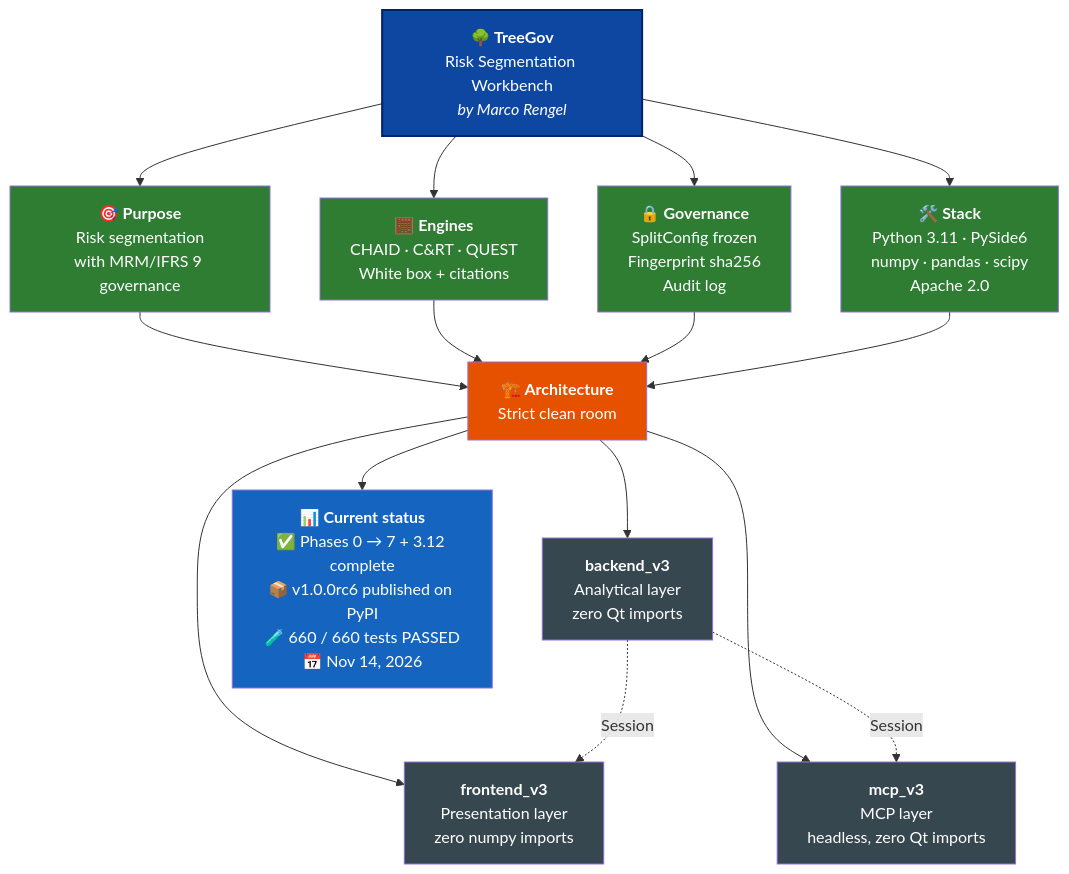
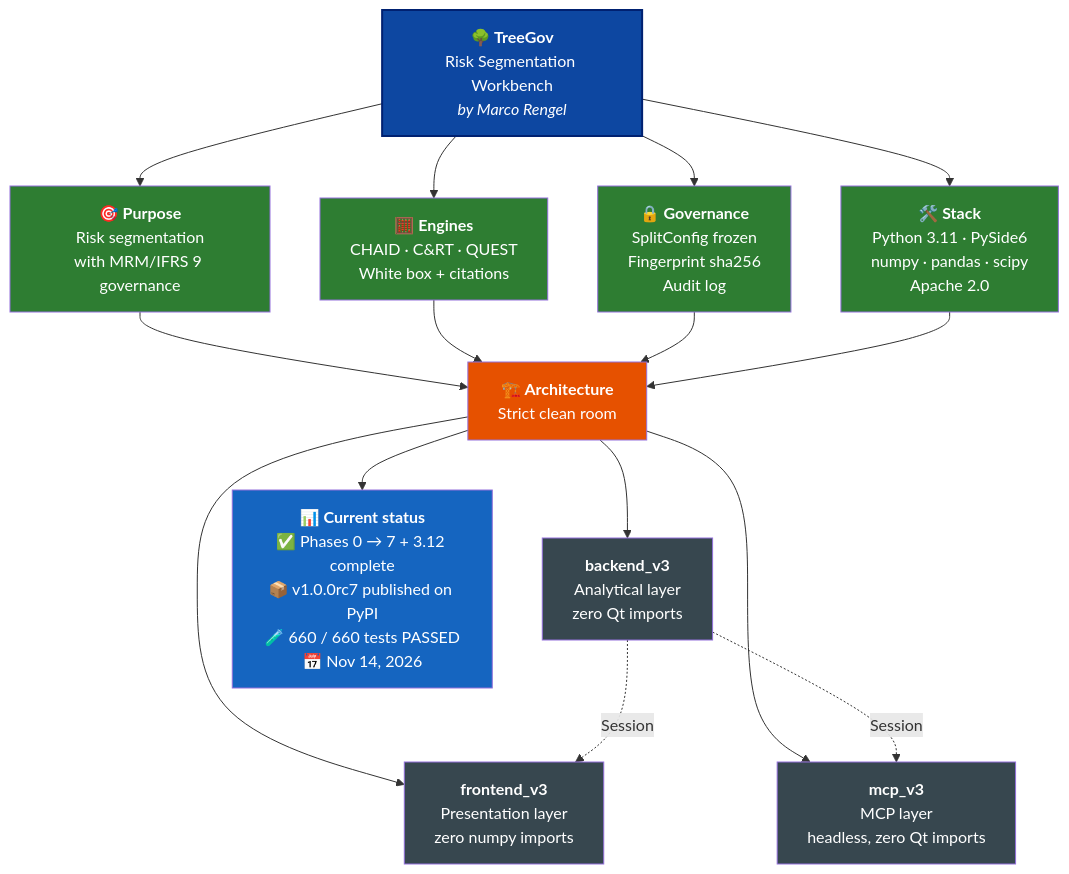
The diagram in README.md (Marco-Rengel/treegov), drawn with Mermaid before and after one commit. The commit also changed other lines of this file and 5 other files, not shown here.

````diff
--- a/README.md
+++ b/README.md
@@ -38,34 +38,34 @@
 ```mermaid
 flowchart TB
     TG["<b>🌳 TreeGov</b><br/>Risk Segmentation Workbench<br/><i>by Marco Rengel</i>"]
 
     TG --> P["<b>🎯 Purpose</b><br/>Risk segmentation<br/>with MRM/IFRS 9 governance"]
     TG --> M["<b>🧮 Engines</b><br/>CHAID · C&RT · QUEST<br/>White box + citations"]
     TG --> G["<b>🔒 Governance</b><br/>SplitConfig frozen<br/>Fingerprint sha256<br/>Audit log"]
     TG --> S["<b>🛠️ Stack</b><br/>Python 3.11 · PySide6<br/>numpy · pandas · scipy<br/>Apache 2.0"]
 
     P --> ARQ["<b>🏗️ Architecture</b><br/>Strict clean room"]
     M --> ARQ
     G --> ARQ
     S --> ARQ
 
     ARQ --> BE["<b>backend_v3</b><br/>Analytical layer<br/>zero Qt imports"]
     ARQ --> FE["<b>frontend_v3</b><br/>Presentation layer<br/>zero numpy imports"]
     ARQ --> MC["<b>mcp_v3</b><br/>MCP layer<br/>headless, zero Qt imports"]
 
     BE -.->|Session| FE
     BE -.->|Session| MC
 
-    ARQ --> ST["<b>📊 Current status</b><br/>✅ Phases 0 → 7 + 3.12 complete<br/>📦 v1.0.0rc6 published on PyPI<br/>🧪 660 / 660 tests PASSED<br/>📅 Nov 14, 2026"]
+    ARQ --> ST["<b>📊 Current status</b><br/>✅ Phases 0 → 7 + 3.12 complete<br/>📦 v1.0.0rc7 published on PyPI<br/>🧪 660 / 660 tests PASSED<br/>📅 Nov 14, 2026"]
 
     style TG fill:#0D47A1,color:#fff,stroke:#002171,stroke-width:2px
     style P fill:#2E7D32,color:#fff
     style M fill:#2E7D32,color:#fff
     style G fill:#2E7D32,color:#fff
     style S fill:#2E7D32,color:#fff
     style ARQ fill:#E65100,color:#fff
     style BE fill:#37474F,color:#fff
     style FE fill:#37474F,color:#fff
     style MC fill:#37474F,color:#fff
     style ST fill:#1565C0,color:#fff
 ```
````
